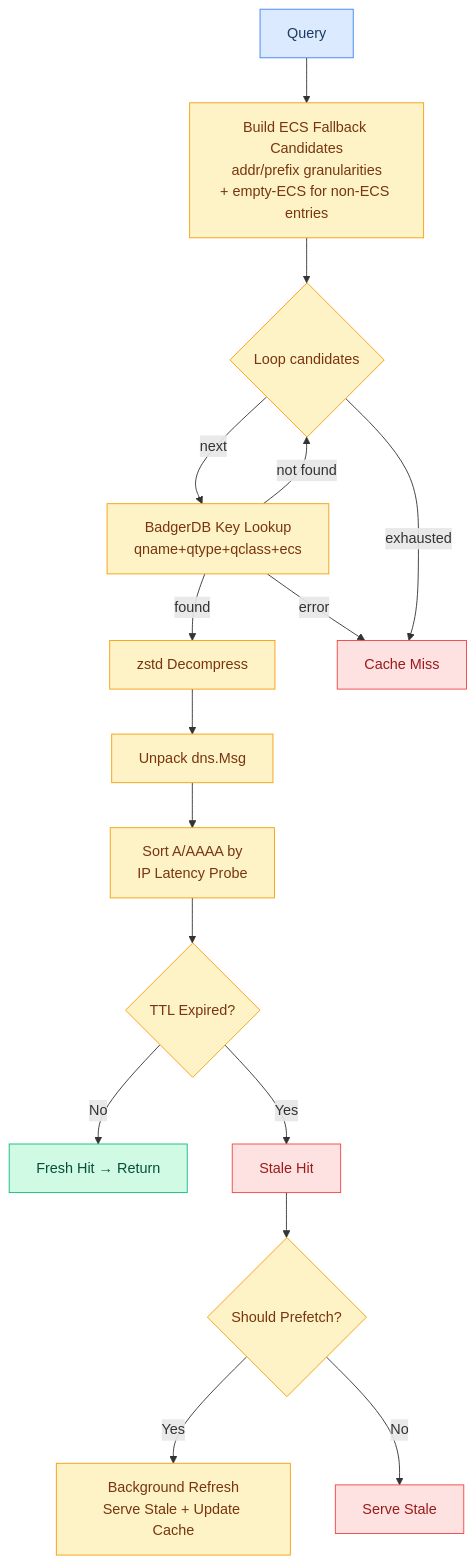
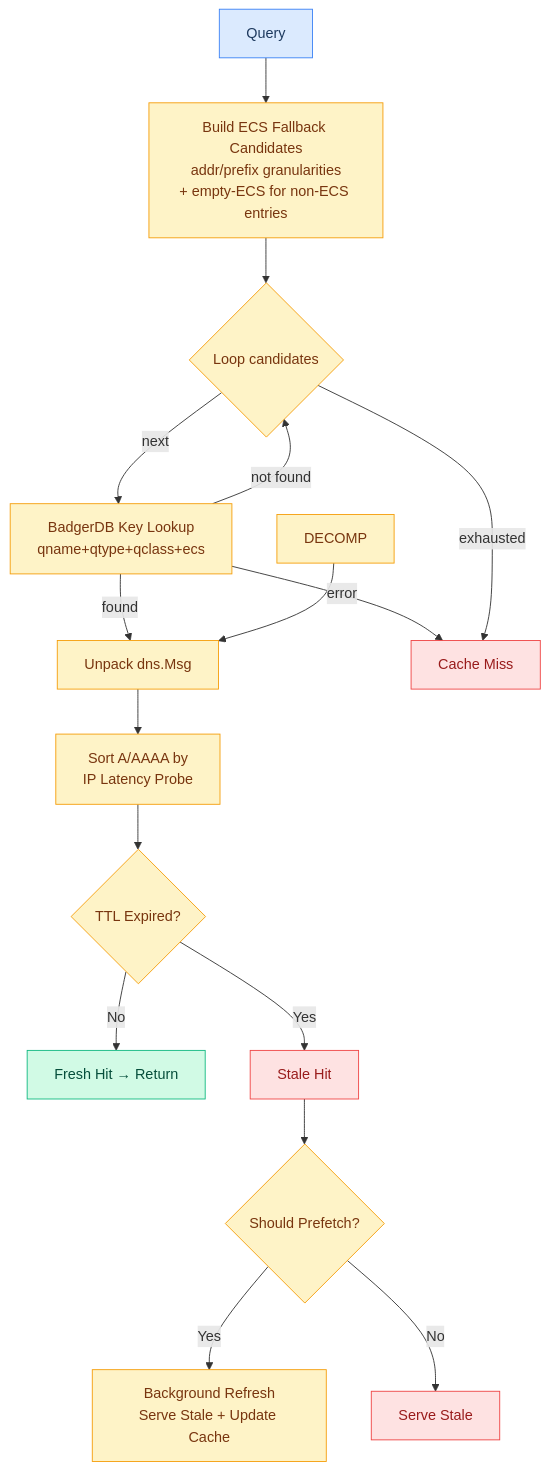
Before and after one commit to hezhijie0327/ZJDNS: the fourth of 26 diagrams in docs/FLOWCHARTS.md, drawn with Mermaid. The commit also changed other lines of this file and 40 other files, not shown here.

````diff
--- a/docs/FLOWCHARTS.md
+++ b/docs/FLOWCHARTS.md
@@ -69,26 +69,26 @@
 ```mermaid
 graph TD
     Q[Query] --> ECSCAND[Build ECS Fallback Candidates<br/>addr/prefix granularities<br/>+ empty-ECS for non-ECS entries]
     ECSCAND --> LOOP{Loop candidates}
     LOOP -->|next| QUERY[BadgerDB Key Lookup<br/>qname+qtype+qclass+ecs]
-    QUERY -->|found| DECOMP[zstd Decompress]
+    QUERY -->|found| UNPACK[dns.Msg Unpack]
     QUERY -->|not found| LOOP
     QUERY -->|error| MISS[Cache Miss]
     LOOP -->|exhausted| MISS
     DECOMP --> UNPACK[Unpack dns.Msg]
     UNPACK --> SORT[Sort A/AAAA by<br/>IP Latency Probe]
     SORT --> EXPIRED{TTL Expired?}
     EXPIRED -->|No| HIT[Fresh Hit → Return]
     EXPIRED -->|Yes| STALE[Stale Hit]
     STALE --> PREFETCH{Should Prefetch?}
     PREFETCH -->|Yes| BG[Background Refresh<br/>Serve Stale + Update Cache]
     PREFETCH -->|No| RETURN[Serve Stale]
     classDef start fill:#dbeafe,stroke:#3b82f6,color:#1e3a5f
     classDef proc fill:#fef3c7,stroke:#f59e0b,color:#78350f
     classDef hit fill:#d1fae5,stroke:#10b981,color:#064e3b
     classDef miss fill:#fee2e2,stroke:#ef4444,color:#991b1b
     class Q start
     class ECSCAND,LOOP,QUERY,DECOMP,UNPACK,SORT,EXPIRED,PREFETCH,BG proc
     class HIT hit
     class MISS,RETURN,STALE miss
 ```
````
